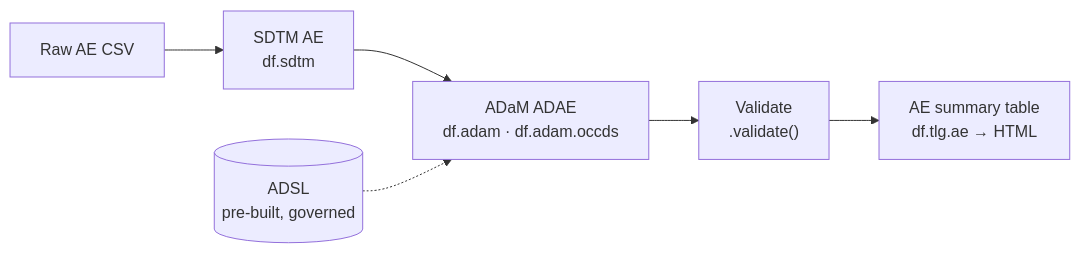
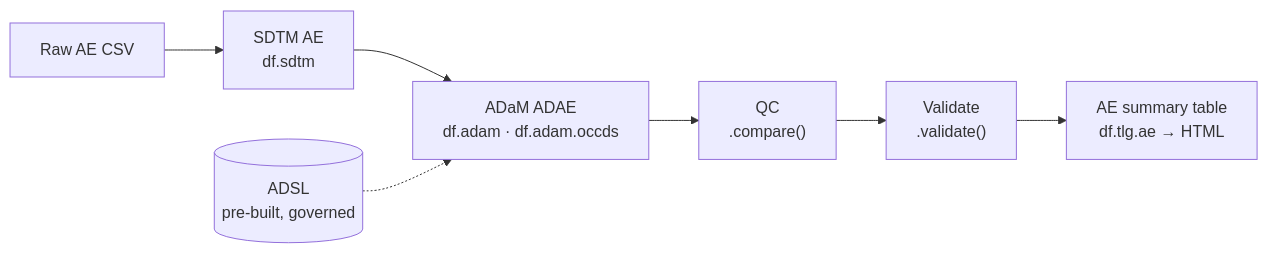
One commit to RealSlimMahdi/fleet-cdisc changed the first of 2 diagrams in docs/examples/r2r_strategy.md. Above: the diagram before and after it, drawn with Mermaid. The commit also changed other lines of this file and 3 other files, not shown here.

````diff
--- a/docs/examples/r2r_strategy.md
+++ b/docs/examples/r2r_strategy.md
@@ -9,8 +9,9 @@
 ```mermaid
 flowchart LR
     RAW["Raw AE CSV"] --> SDTM["SDTM AE<br/>df.sdtm"]
     SDTM --> ADAE["ADaM ADAE<br/>df.adam · df.adam.occds"]
     ADSL[("ADSL<br/>pre-built, governed")] -.-> ADAE
-    ADAE --> VAL["Validate<br/>.validate()"]
+    ADAE --> QC["QC<br/>.compare()"]
+    QC --> VAL["Validate<br/>.validate()"]
     VAL --> TLG["AE summary table<br/>df.tlg.ae → HTML"]
 ```
````
